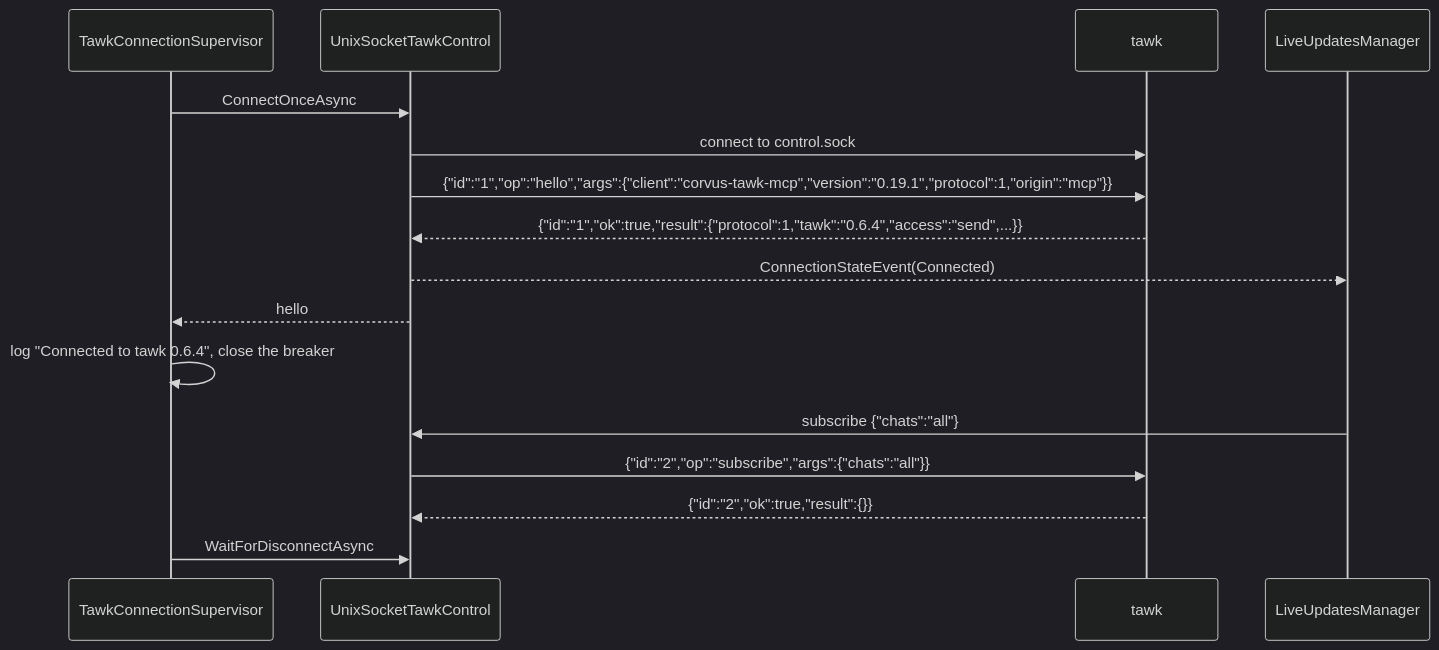
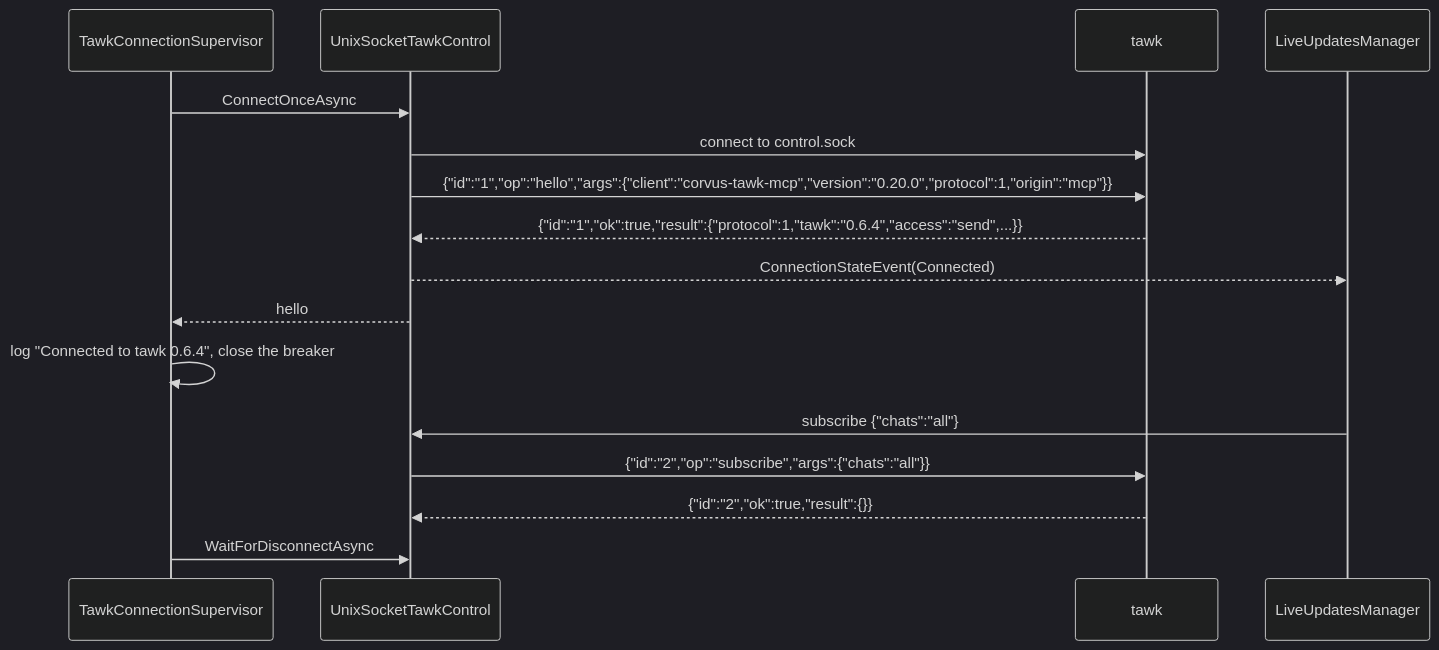
Before and after one commit to loganventer/Corvus.Mcp.Server.Tawk: the first of 14 diagrams in HOW_IT_WORKS.md, drawn with Mermaid (dark theme). The commit also changed 2 other files, not shown here.

Commit message:
Docs for 0.20.0: the instructions file syncs as config (#9)

````diff
--- a/HOW_IT_WORKS.md
+++ b/HOW_IT_WORKS.md
@@ -35,19 +35,19 @@
 ```mermaid
 sequenceDiagram
     participant S as TawkConnectionSupervisor
     participant C as UnixSocketTawkControl
     participant T as tawk
     participant L as LiveUpdatesManager
 
     S->>C: ConnectOnceAsync
     C->>T: connect to control.sock
-    C->>T: {"id":"1","op":"hello","args":{"client":"corvus-tawk-mcp","version":"0.19.1","protocol":1,"origin":"mcp"}}
+    C->>T: {"id":"1","op":"hello","args":{"client":"corvus-tawk-mcp","version":"0.20.0","protocol":1,"origin":"mcp"}}
     T-->>C: {"id":"1","ok":true,"result":{"protocol":1,"tawk":"0.6.4","access":"send",...}}
     C-->>L: ConnectionStateEvent(Connected)
     C-->>S: hello
     S->>S: log "Connected to tawk 0.6.4", close the breaker
     L->>C: subscribe {"chats":"all"}
     C->>T: {"id":"2","op":"subscribe","args":{"chats":"all"}}
     T-->>C: {"id":"2","ok":true,"result":{}}
     S->>C: WaitForDisconnectAsync
 ```
````
